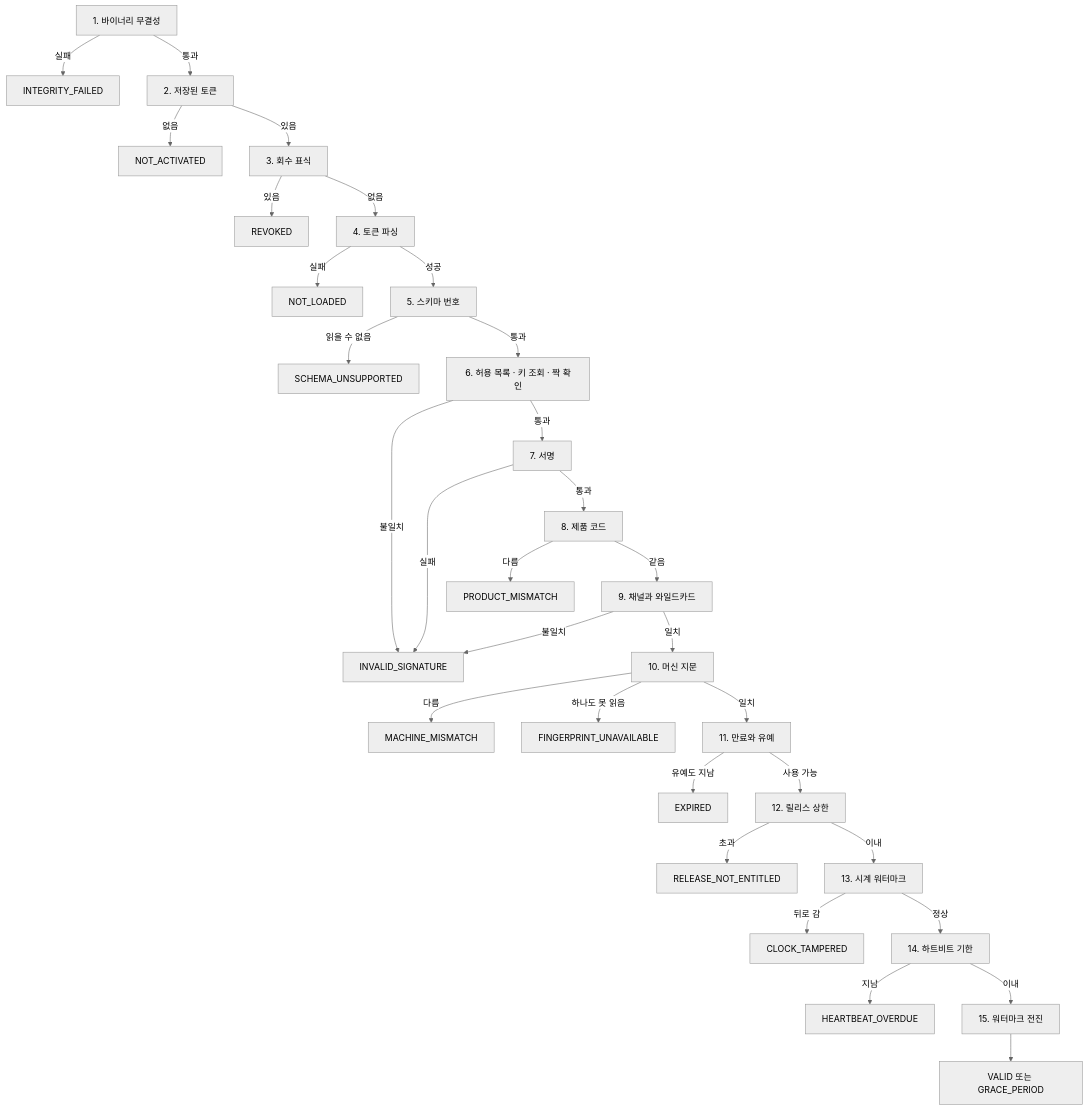
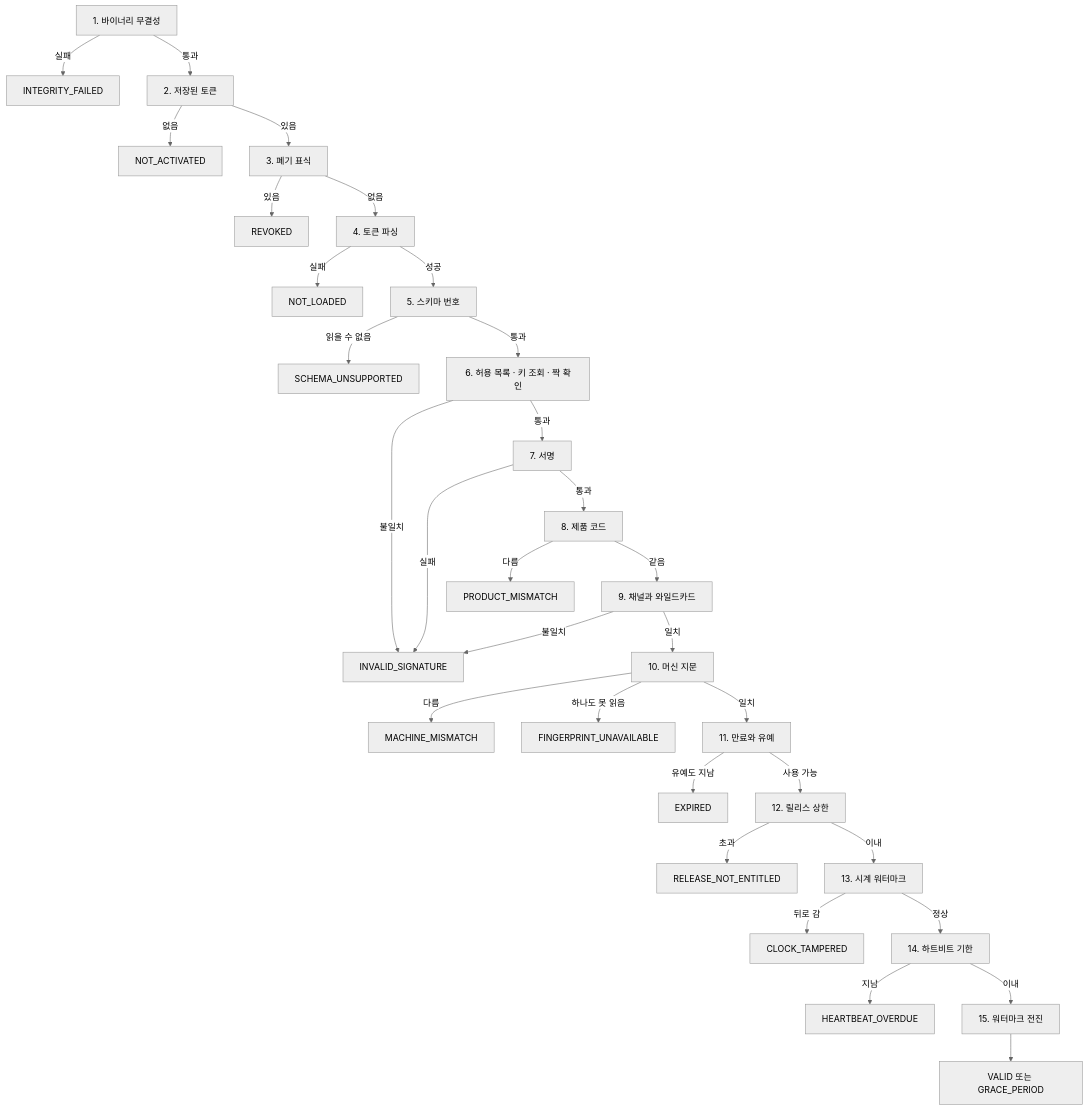
Before and after one commit to accesscore-dev/accesscore-license-sdk-dist: the fifth of 7 diagrams in docs/manual/ko/concepts.md, drawn with Mermaid (neutral theme). The commit also changed other lines of this file and 7 other files, not shown here.

````diff
--- a/docs/manual/ko/concepts.md
+++ b/docs/manual/ko/concepts.md
@@ -210,33 +210,33 @@
 ```mermaid
 flowchart TD
     A[1. 바이너리 무결성] -->|실패| AX[INTEGRITY_FAILED]
     A -->|통과| B[2. 저장된 토큰]
     B -->|없음| BX[NOT_ACTIVATED]
-    B -->|있음| C[3. 회수 표식]
+    B -->|있음| C[3. 폐기 표식]
     C -->|있음| CX[REVOKED]
     C -->|없음| D[4. 토큰 파싱]
     D -->|실패| DX[NOT_LOADED]
     D -->|성공| E[5. 스키마 번호]
     E -->|읽을 수 없음| EX[SCHEMA_UNSUPPORTED]
     E -->|통과| F[6. 허용 목록 · 키 조회 · 짝 확인]
     F -->|불일치| FX[INVALID_SIGNATURE]
     F -->|통과| G[7. 서명]
     G -->|실패| FX
     G -->|통과| H[8. 제품 코드]
     H -->|다름| HX[PRODUCT_MISMATCH]
     H -->|같음| I[9. 채널과 와일드카드]
     I -->|불일치| FX
     I -->|일치| J[10. 머신 지문]
     J -->|다름| JX[MACHINE_MISMATCH]
     J -->|하나도 못 읽음| JY[FINGERPRINT_UNAVAILABLE]
     J -->|일치| K[11. 만료와 유예]
     K -->|유예도 지남| KX[EXPIRED]
     K -->|사용 가능| L[12. 릴리스 상한]
     L -->|초과| LX[RELEASE_NOT_ENTITLED]
     L -->|이내| M[13. 시계 워터마크]
     M -->|뒤로 감| MX[CLOCK_TAMPERED]
     M -->|정상| N[14. 하트비트 기한]
     N -->|지남| NX[HEARTBEAT_OVERDUE]
     N -->|이내| O[15. 워터마크 전진]
     O --> OK[VALID 또는 GRACE_PERIOD]
 ```
````
